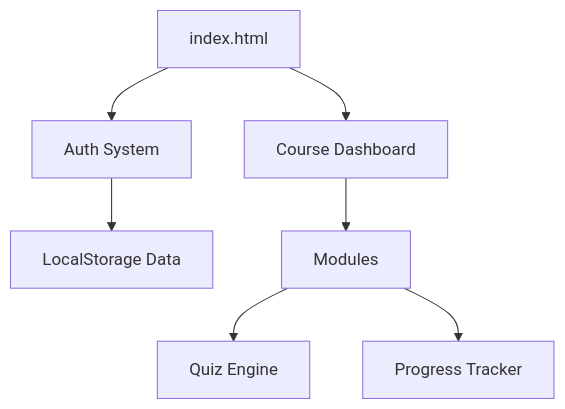
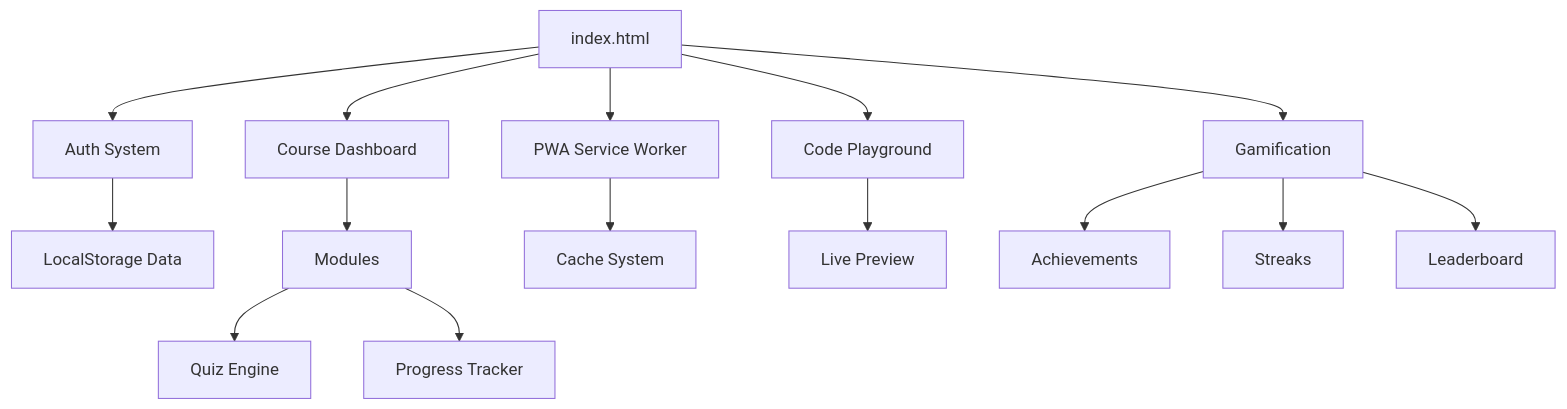
The diagram in README.md (smpsandro1239/Cursos_web_Developer), drawn with Mermaid before and after one commit. The commit also changed other lines of this file and 41 other files, not shown here.

````diff
--- a/README.md
+++ b/README.md
@@ -41,9 +78,17 @@
 ```mermaid
 graph TD
     A[index.html] --> B[Auth System]
     A --> C[Course Dashboard]
     B --> D[LocalStorage Data]
     C --> E[Modules]
     E --> F[Quiz Engine]
     E --> G[Progress Tracker]
+    A --> H[PWA Service Worker]
+    H --> I[Cache System]
+    A --> J[Code Playground]
+    J --> K[Live Preview]
+    A --> L[Gamification]
+    L --> M[Achievements]
+    L --> N[Streaks]
+    L --> O[Leaderboard]
 ```
````
